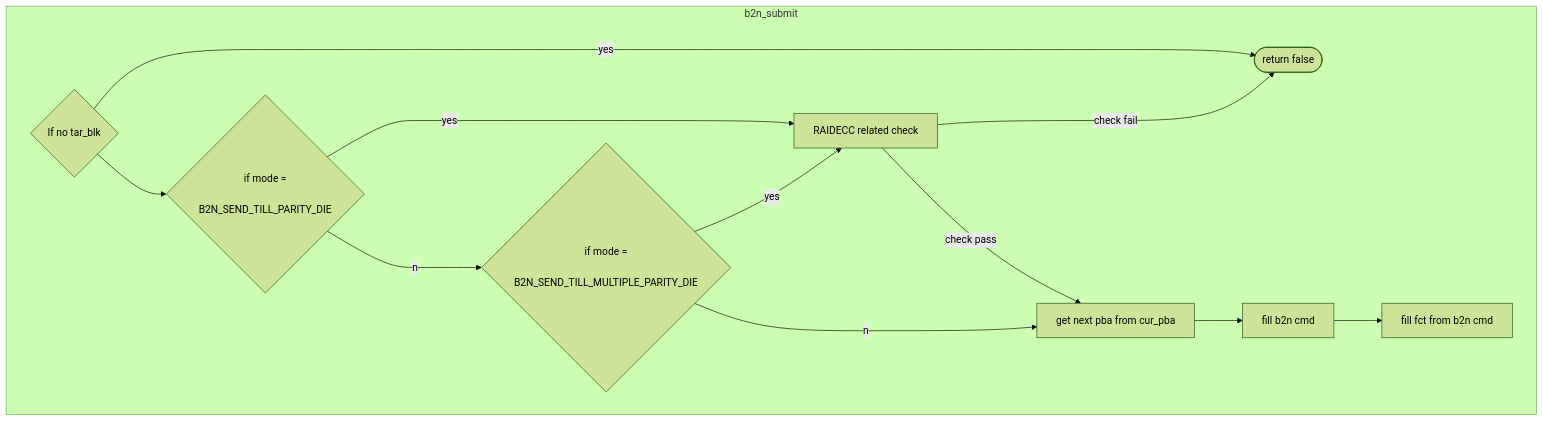
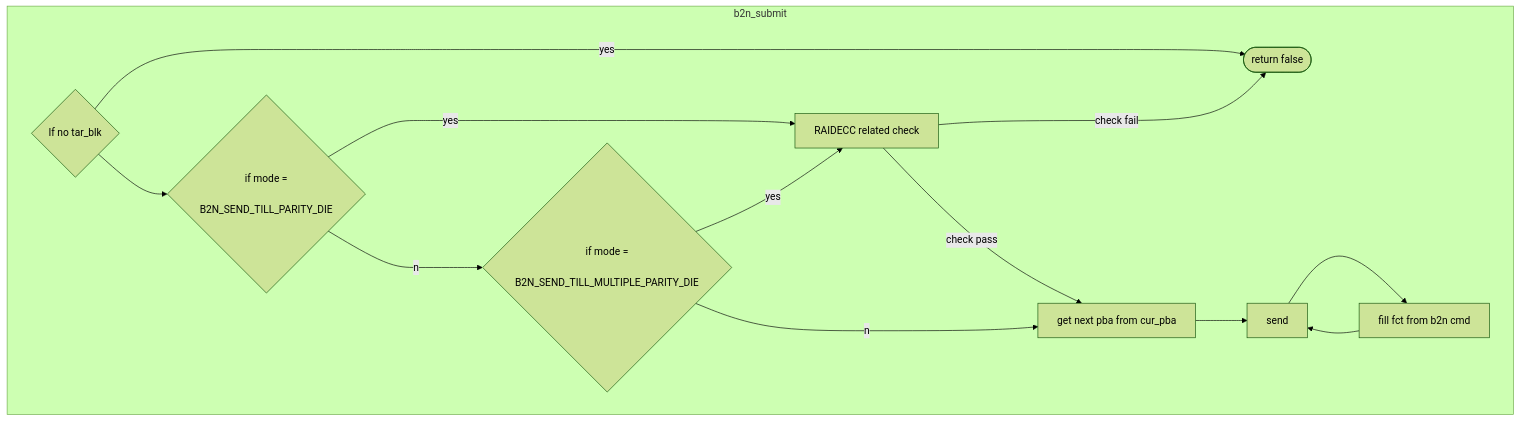
Before and after one commit to jenny112646/iodraw-files: the diagram in all/未命名-2.md, drawn with Mermaid (forest theme).

Commit message:
2024-06-07 11:03:15 update

````diff
--- a/all/未命名-2.md
+++ b/all/未命名-2.md
@@ -1,20 +1,20 @@
 ```mermaid
 flowchart TD
 subgraph b2n_submit
     direction LR
     c1{"If no tar_blk"} --yes--> c2([return false])
     c1 --> c3{"if mode =
     B2N_SEND_TILL_PARITY_DIE"}
     c3 --yes--> c4["RAIDECC related check"]
     c3 --no--> c5{"if mode =
     B2N_SEND_TILL_MULTIPLE_PARITY_DIE"}
     c5 --yes--> c4["RAIDECC related check"]
     c5 --no--> c6["get next pba from cur_pba"]
     c4 --"check fail"---> c2
     c4 --"check pass"--> c6
     c6 --> c7["fill b2n cmd"]
     c7 --> c8["fill fct from b2n cmd"]
-    c8
+    c8 --> c7["send"]
 
 end
 ```
````
